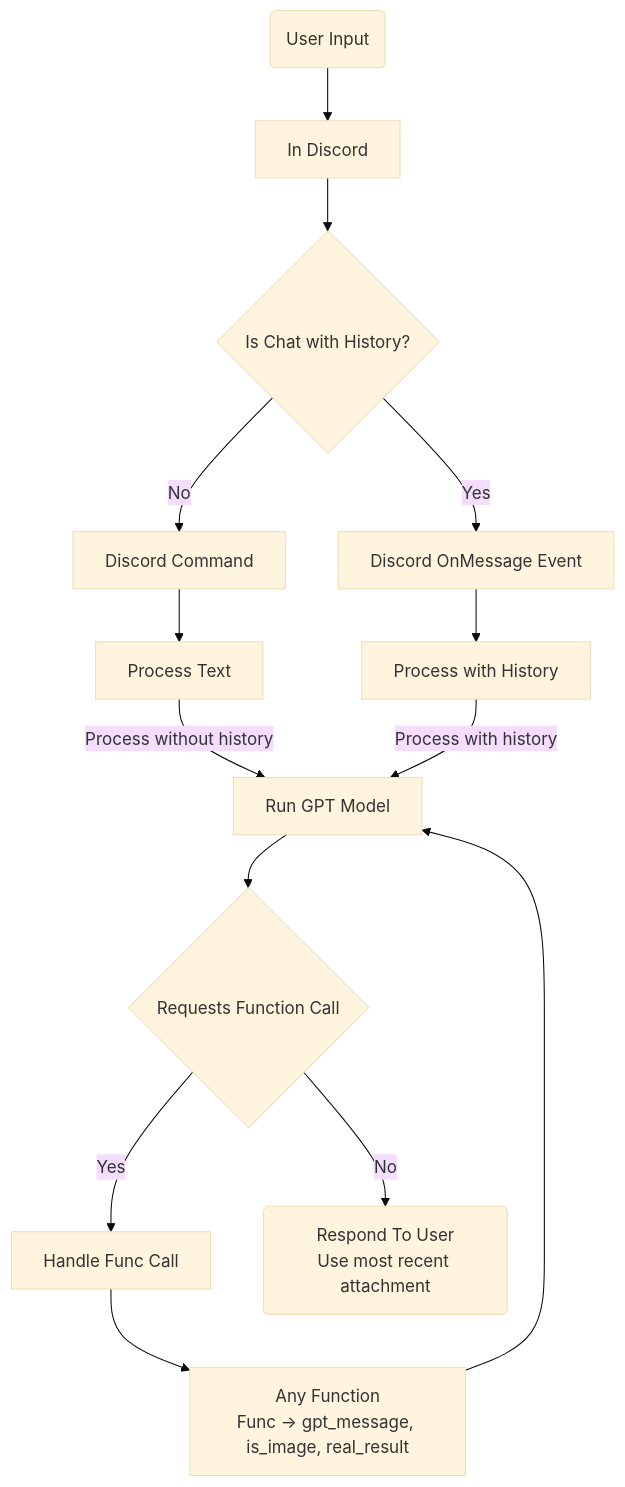
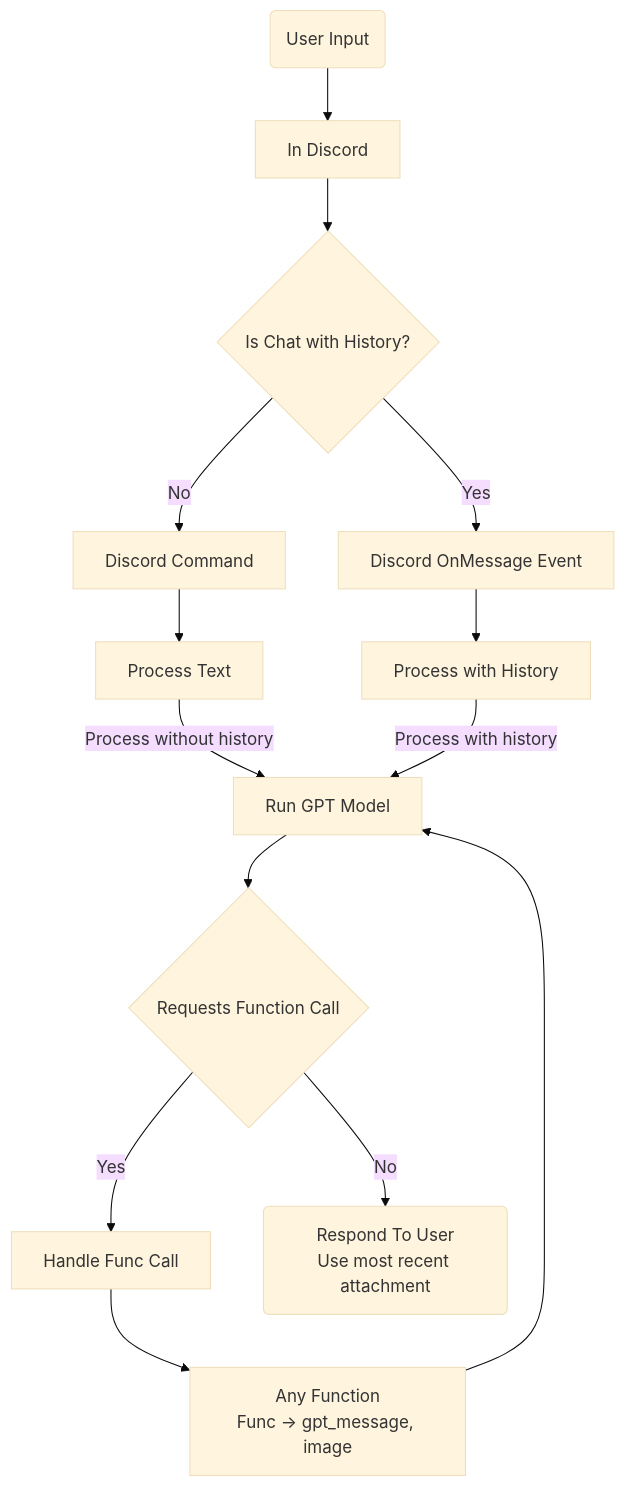
Before and after one commit to Tomtom21/DerekBotV2: the diagram in libs/planning.md, drawn with Mermaid (base theme). The commit also changed 2 other files, not shown here.

Commit message:
Adding gpt integration, ability to handle images

````diff
--- a/libs/planning.md
+++ b/libs/planning.md
@@ -4,16 +4,16 @@
 ```mermaid
 graph TD;
     UserInput(User Input) --> InDiscord[In Discord]
     InDiscord --> IsChatWithHistory{Is Chat with History?}
     IsChatWithHistory -- No --> DiscordCommand[Discord Command]
     IsChatWithHistory -- Yes --> DiscordOnMessage[Discord OnMessage Event]
     DiscordCommand --> ProcessText[Process Text]
     DiscordOnMessage --> ProcessWithHistory[Process with History]
     ProcessText -- Process without history --> RunGPT[Run GPT Model]
     ProcessWithHistory -- Process with history --> RunGPT[Run GPT Model]
     RunGPT --> RequestsFuncCall{Requests Function Call}
     RequestsFuncCall -- Yes --> HandleFuncCall[Handle Func Call]
     RequestsFuncCall -- No --> RespondToUser(Respond To User\nUse most recent attachment)
-    HandleFuncCall --> AnyFunc[Any Function\nFunc -> gpt_message, is_image, real_result]
+    HandleFuncCall --> AnyFunc[Any Function\nFunc -> gpt_message, image]
     AnyFunc --> RunGPT
 ```
````
